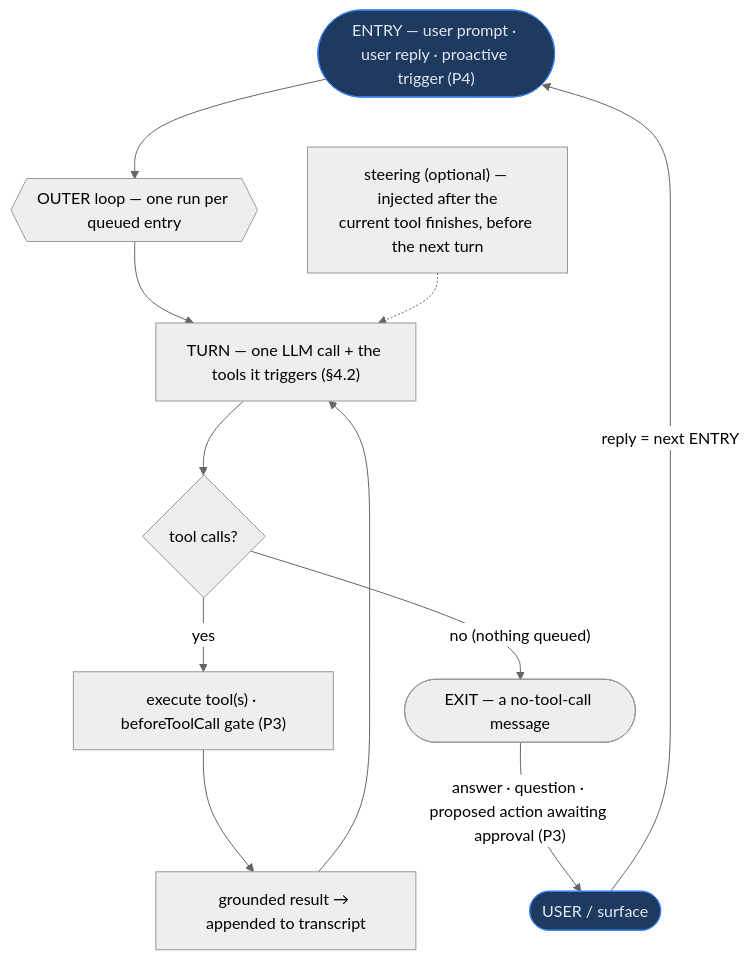
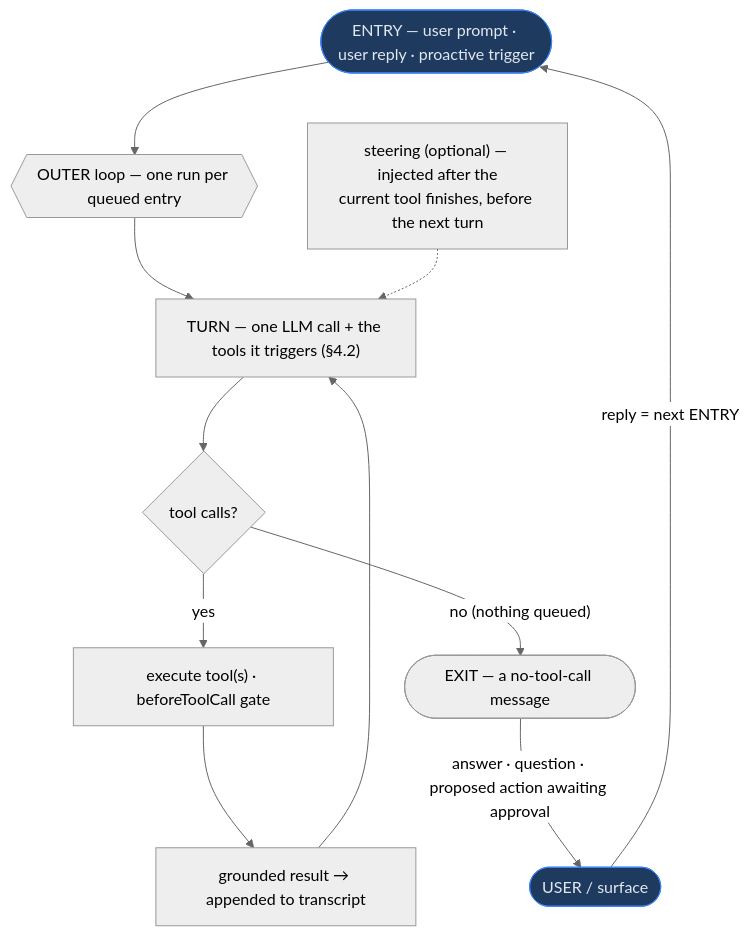
Before and after one commit to CobbleStamp/CobbleCompanion: the second of 8 diagrams in docs/architecture.md, drawn with Mermaid (neutral theme). The commit also changed other lines of this file and 5 other files, not shown here.

````diff
--- a/docs/architecture.md
+++ b/docs/architecture.md
@@ -179,17 +162,17 @@
 ```mermaid
 flowchart TD
-    ENTRY(["ENTRY — user prompt · user reply · proactive trigger (P4)"])
+    ENTRY(["ENTRY — user prompt · user reply · proactive trigger"])
     ENTRY --> OUTER{{"OUTER loop — one run per queued entry"}}
     OUTER --> TURN["TURN — one LLM call + the tools it triggers (§4.2)"]
     TURN --> Q{"tool calls?"}
-    Q -->|yes| EXEC["execute tool(s) · beforeToolCall gate (P3)"]
+    Q -->|yes| EXEC["execute tool(s) · beforeToolCall gate"]
     EXEC --> RES["grounded result → appended to transcript"]
     RES --> TURN
     Q -->|"no (nothing queued)"| EXIT(["EXIT — a no-tool-call message"])
-    EXIT -->|"answer · question · proposed action awaiting approval (P3)"| USER(["USER / surface"])
+    EXIT -->|"answer · question · proposed action awaiting approval"| USER(["USER / surface"])
     USER -->|"reply = next ENTRY"| ENTRY
     STEER["steering (optional) — injected after the<br/>current tool finishes, before the next turn"] -.-> TURN
 
     classDef human fill:#1e3a5f,stroke:#3b82f6,color:#e2e8f0;
     class ENTRY,USER human;
 ```
````
